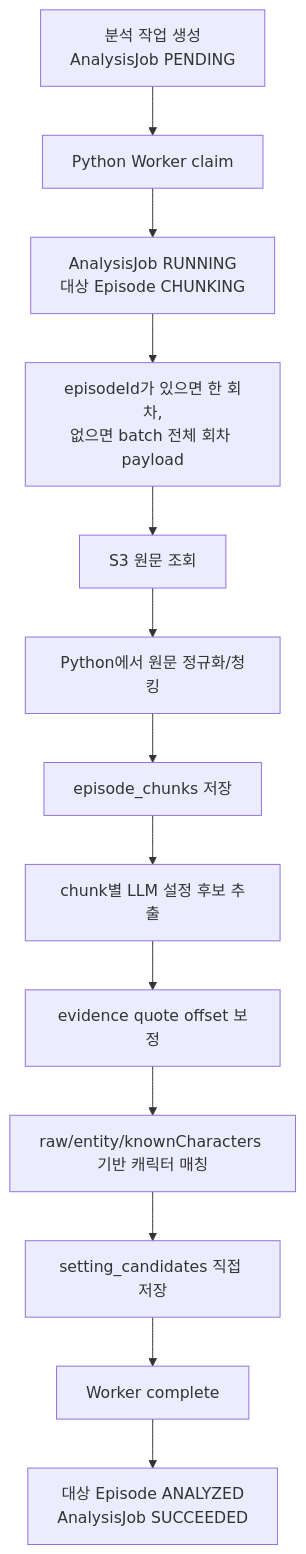
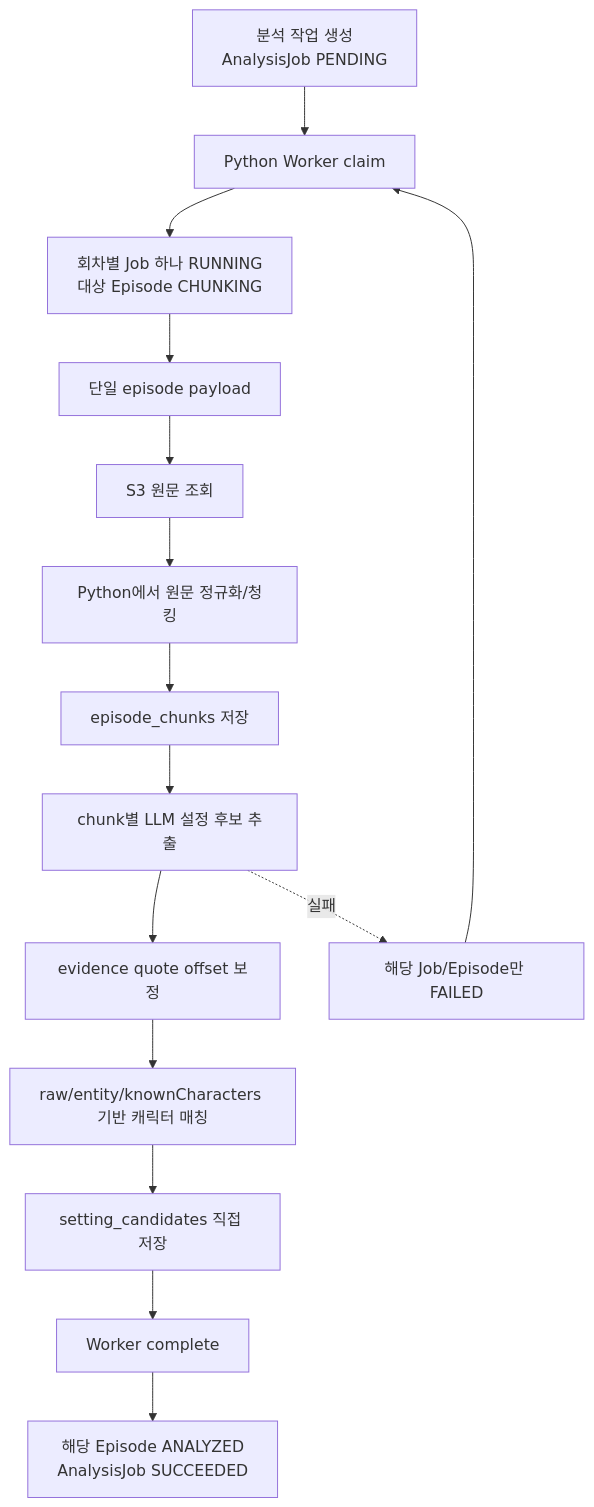
One commit to catchhole-soma/catchhole-backend-java changed the second of 10 diagrams in docs/analysis-workflow.md. Above: the diagram before and after it, drawn with Mermaid. The commit also changed other lines of this file and 4 other files, not shown here.

First line of the commit message:
docs(episode): 감지와 회차별 분석 계약을 동기화한다

````diff
--- a/docs/analysis-workflow.md
+++ b/docs/analysis-workflow.md
@@ -32,15 +32,17 @@
 ```mermaid
 flowchart TD
     A["분석 작업 생성<br/>AnalysisJob PENDING"] --> B["Python Worker claim"]
-    B --> C["AnalysisJob RUNNING<br/>대상 Episode CHUNKING"]
-    C --> D["episodeId가 있으면 한 회차,<br/>없으면 batch 전체 회차 payload"]
+    B --> C["회차별 Job 하나 RUNNING<br/>대상 Episode CHUNKING"]
+    C --> D["단일 episode payload"]
     D --> E["S3 원문 조회"]
     E --> F["Python에서 원문 정규화/청킹"]
     F --> G["episode_chunks 저장"]
     G --> H["chunk별 LLM 설정 후보 추출"]
     H --> I["evidence quote offset 보정"]
     I --> J["raw/entity/knownCharacters 기반 캐릭터 매칭"]
     J --> K["setting_candidates 직접 저장"]
     K --> L["Worker complete"]
-    L --> M["대상 Episode ANALYZED<br/>AnalysisJob SUCCEEDED"]
+    L --> M["해당 Episode ANALYZED<br/>AnalysisJob SUCCEEDED"]
+    H -. "실패" .-> X["해당 Job/Episode만 FAILED"]
+    X --> B
 ```
````
